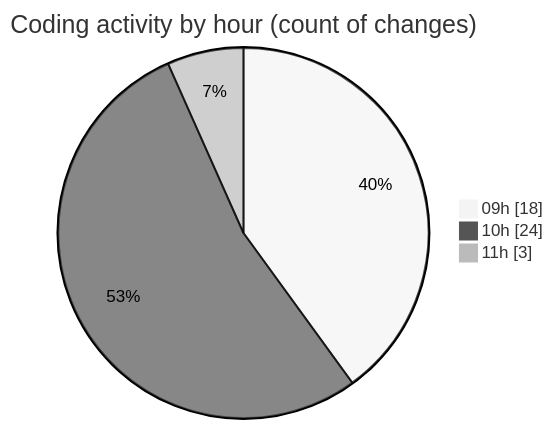
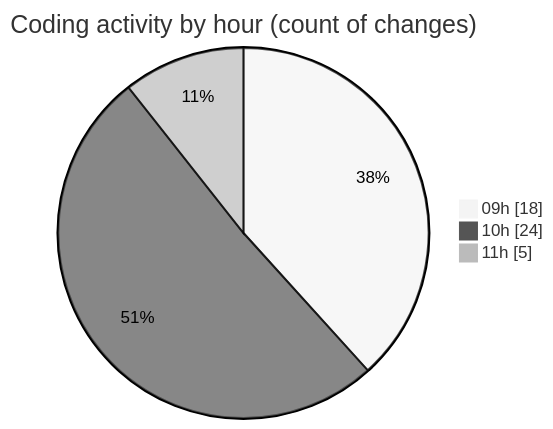
Before and after one commit to momahboobian/code-tracking: the second of 2 diagrams in 2025-09-16/cda/README.md, drawn with Mermaid (neutral theme). The commit also changed other lines of this file and 1 other file, not shown here.

````diff
--- a/2025-09-16/cda/README.md
+++ b/2025-09-16/cda/README.md
@@ -31,7 +31,7 @@
 ```mermaid
 pie showData
 title Coding activity by hour (count of changes)
 "09h" : 18
 "10h" : 24
-"11h" : 3
+"11h" : 5
 ```
````
